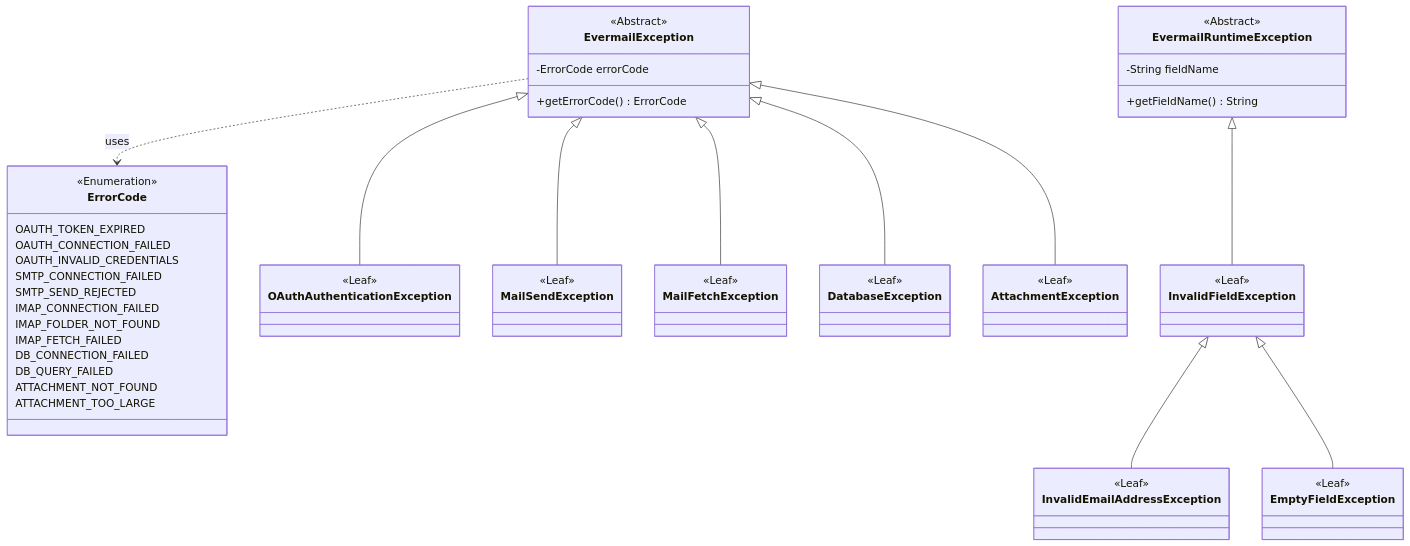
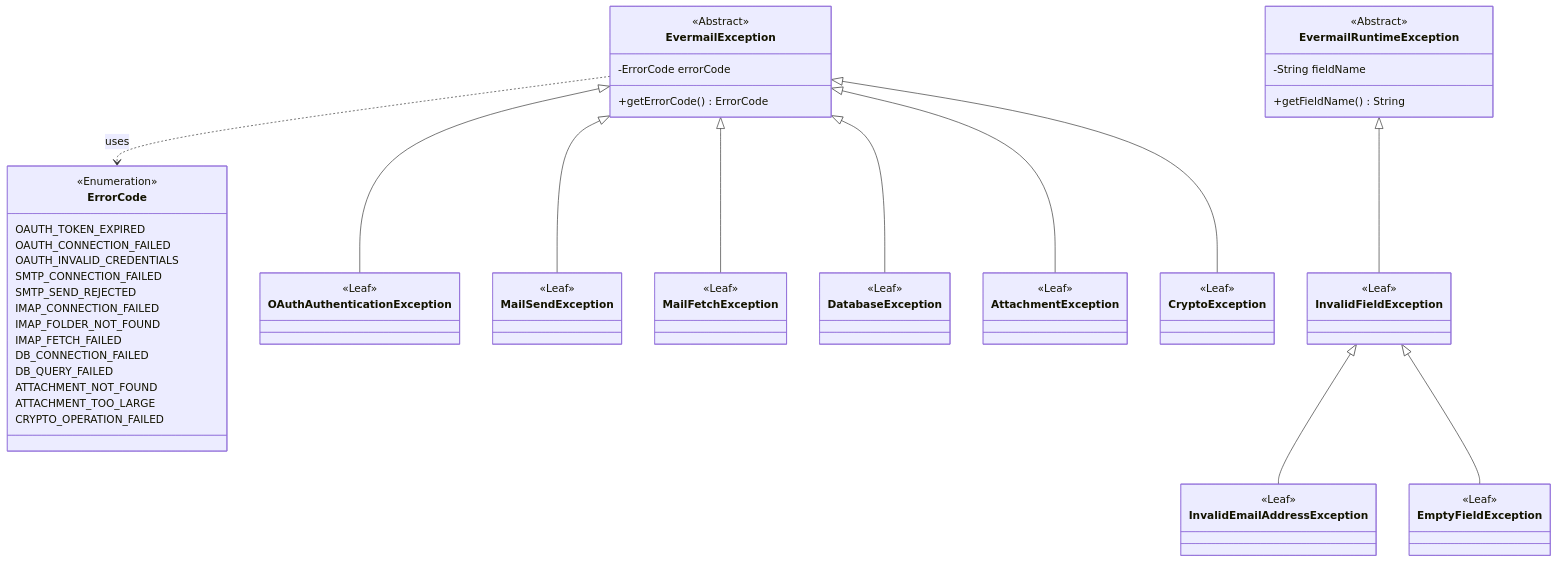
One commit to JuanPablo72000/evermail changed the diagram in docs/diagrams/uml-exception.md. Above: the diagram before and after it, drawn with Mermaid. The commit also changed other lines of this file and 21 other files, not shown here.

````diff
--- a/docs/diagrams/uml-exception.md
+++ b/docs/diagrams/uml-exception.md
@@ -1,75 +1,81 @@
 ```mermaid
 classDiagram
     class ErrorCode {
         <<Enumeration>>
         OAUTH_TOKEN_EXPIRED
         OAUTH_CONNECTION_FAILED
         OAUTH_INVALID_CREDENTIALS
         SMTP_CONNECTION_FAILED
         SMTP_SEND_REJECTED
         IMAP_CONNECTION_FAILED
         IMAP_FOLDER_NOT_FOUND
         IMAP_FETCH_FAILED
         DB_CONNECTION_FAILED
         DB_QUERY_FAILED
         ATTACHMENT_NOT_FOUND
         ATTACHMENT_TOO_LARGE
+        CRYPTO_OPERATION_FAILED
     }
 
     class EvermailException {
         <<Abstract>>
         -ErrorCode errorCode
         +getErrorCode() ErrorCode
     }
 
     class EvermailRuntimeException {
         <<Abstract>>
         -String fieldName
         +getFieldName() String
     }
 
     class OAuthAuthenticationException {
         <<Leaf>>
     }
 
     class MailSendException {
         <<Leaf>>
     }
 
     class MailFetchException {
         <<Leaf>>
     }
 
     class DatabaseException {
         <<Leaf>>
     }
 
     class AttachmentException {
         <<Leaf>>
     }
 
+    class CryptoException {
+        <<Leaf>>
+    }
+
     class InvalidFieldException {
         <<Leaf>>
     }
 
     class InvalidEmailAddressException {
         <<Leaf>>
     }
 
     class EmptyFieldException {
         <<Leaf>>
     }
 
-    %% Checked branch inheritance
+%% Checked branch inheritance
     EvermailException <|-- OAuthAuthenticationException
     EvermailException <|-- MailSendException
     EvermailException <|-- MailFetchException
     EvermailException <|-- DatabaseException
     EvermailException <|-- AttachmentException
+    EvermailException <|-- CryptoException
     EvermailException ..> ErrorCode : uses
 
-    %% Unchecked branch inheritance
+%% Unchecked branch inheritance
     EvermailRuntimeException <|-- InvalidFieldException
     InvalidFieldException <|-- InvalidEmailAddressException
     InvalidFieldException <|-- EmptyFieldException
 ```
````
